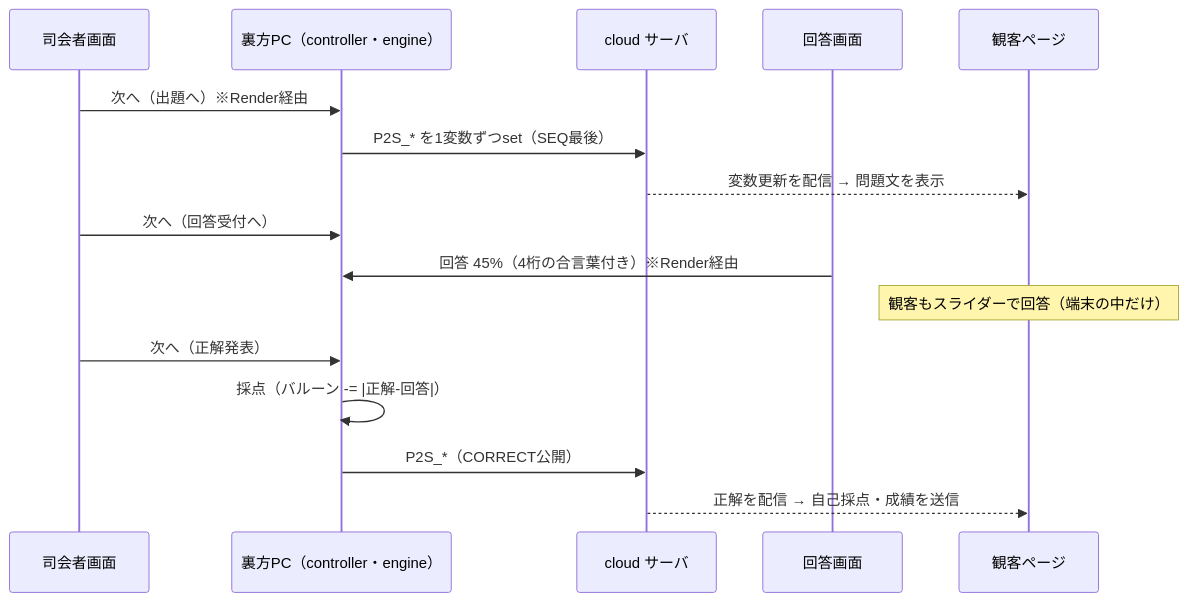
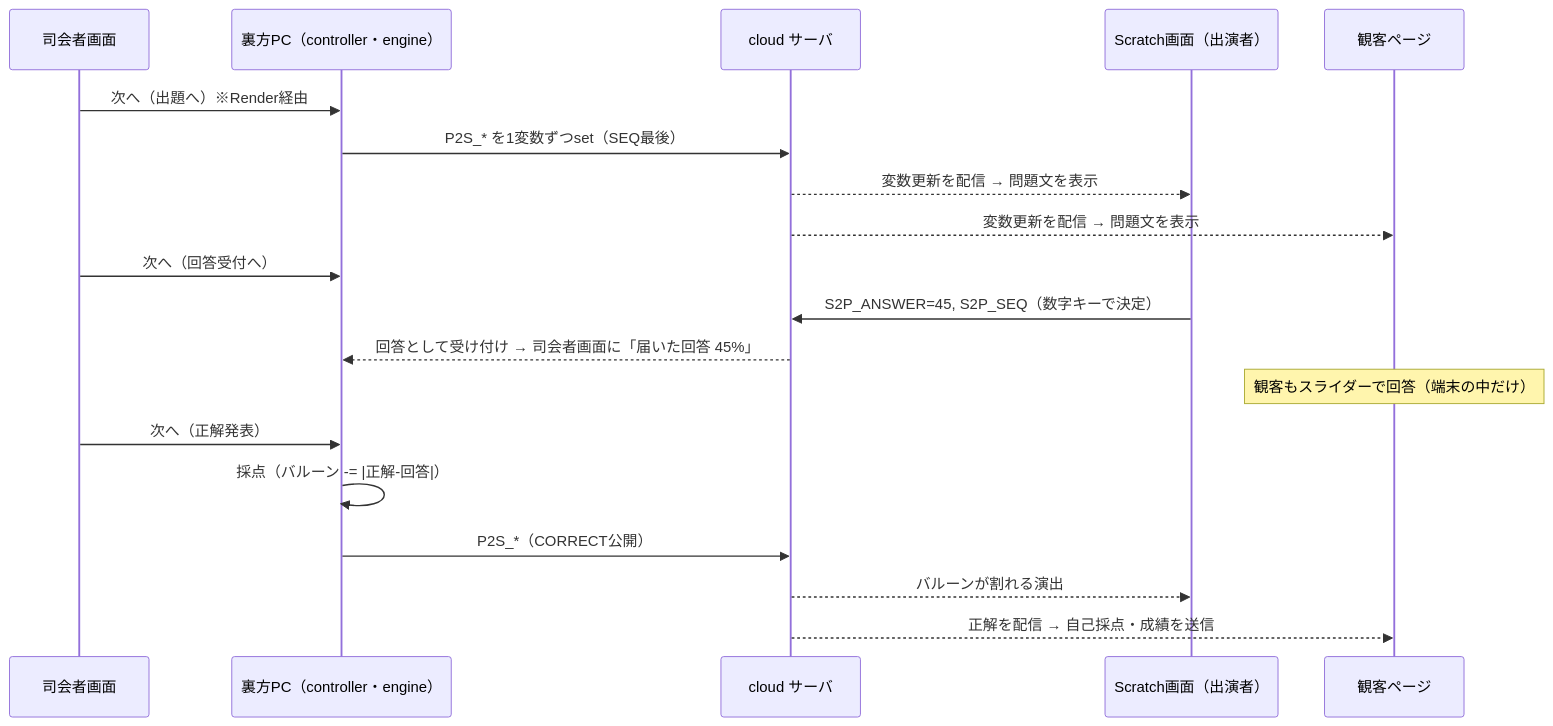
The fourth of 4 diagrams in docs/architecture.md (suzuka-kosen-festa/2026-suzuleague), drawn with Mermaid before and after one commit. The commit also changed other lines of this file and 6 other files, not shown here.

````diff
--- a/docs/architecture.md
+++ b/docs/architecture.md
@@ -318,19 +323,22 @@
 ```mermaid
 sequenceDiagram
     participant H as 司会者画面
     participant B as 裏方PC（controller・engine）
     participant TW as cloud サーバ
-    participant P as 回答画面
+    participant S as Scratch画面（出演者）
     participant A as 観客ページ
 
     H->>B: 次へ（出題へ）※Render経由
     B->>TW: P2S_* を1変数ずつset（SEQ最後）
+    TW-->>S: 変数更新を配信 → 問題文を表示
     TW-->>A: 変数更新を配信 → 問題文を表示
     H->>B: 次へ（回答受付へ）
-    P->>B: 回答 45%（4桁の合言葉付き）※Render経由
+    S->>TW: S2P_ANSWER=45, S2P_SEQ（数字キーで決定）
+    TW-->>B: 回答として受け付け → 司会者画面に「届いた回答 45%」
     Note over A: 観客もスライダーで回答（端末の中だけ）
     H->>B: 次へ（正解発表）
     B->>B: 採点（バルーン -= |正解-回答|）
     B->>TW: P2S_*（CORRECT公開）
+    TW-->>S: バルーンが割れる演出
     TW-->>A: 正解を配信 → 自己採点・成績を送信
 ```
````
